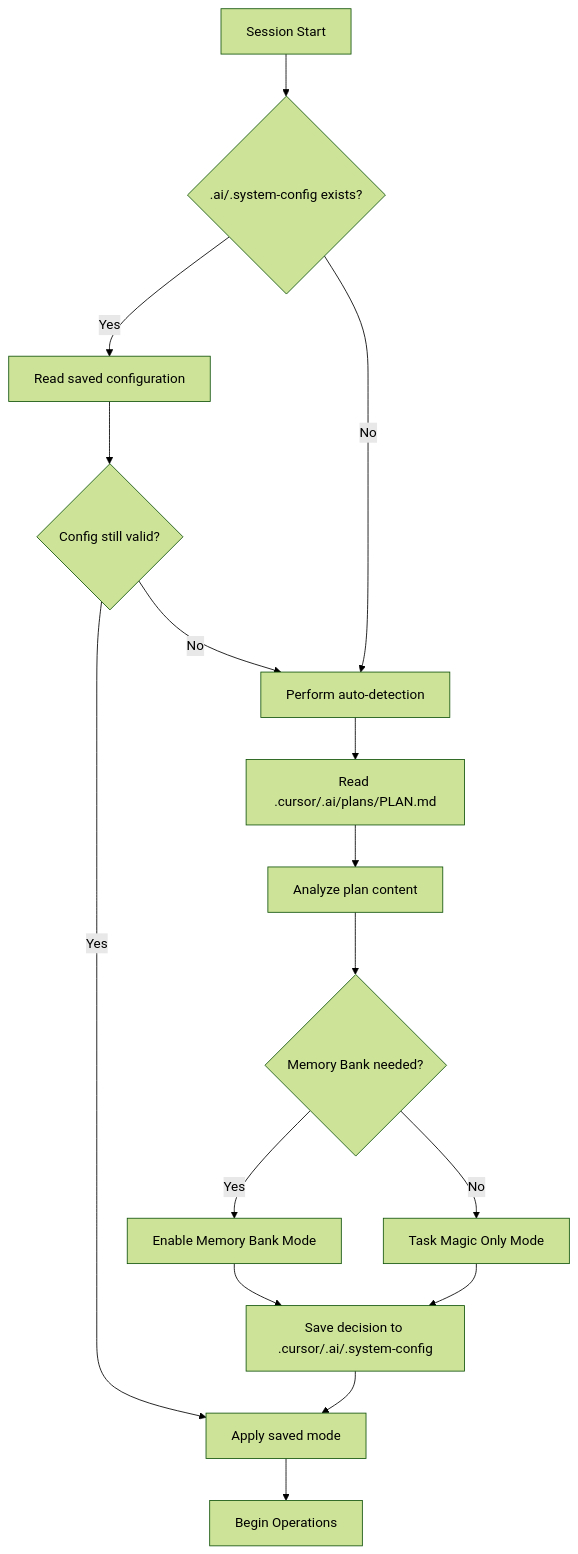
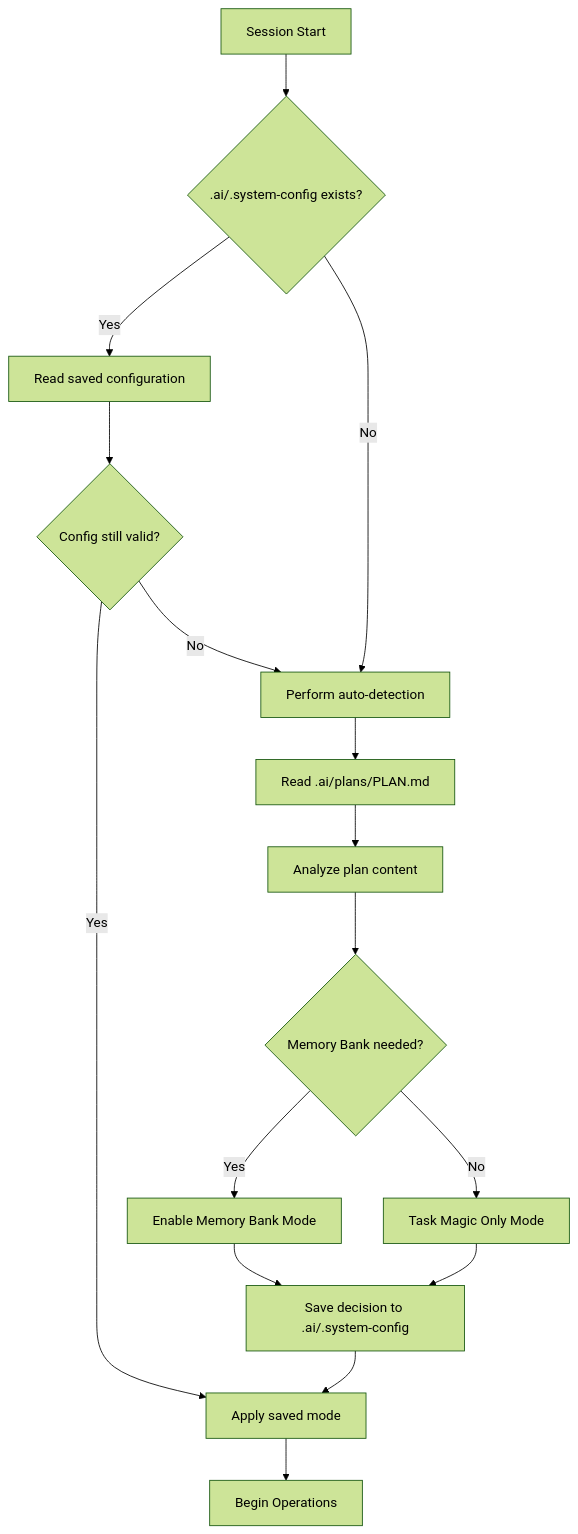
The first of 12 diagrams in .cursor/rules/memory-bank.mdc (louisfghbvc/coverity-agent), drawn with Mermaid (forest theme) before and after one commit. The commit also changed other lines of this file and 5 other files, not shown here.

````diff
--- a/.cursor/rules/memory-bank.mdc
+++ b/.cursor/rules/memory-bank.mdc
@@ -20,24 +20,24 @@
 ```mermaid
 flowchart TD
     Start[Session Start] --> ConfigCheck{.ai/.system-config exists?}
     
     ConfigCheck -->|Yes| ReadConfig[Read saved configuration]
     ConfigCheck -->|No| AutoDetect[Perform auto-detection]
     
     ReadConfig --> ValidateConfig{Config still valid?}
     ValidateConfig -->|Yes| ApplyMode[Apply saved mode]
     ValidateConfig -->|No| AutoDetect
     
-    AutoDetect --> ReadPlan[Read .cursor/.ai/plans/PLAN.md]
+    AutoDetect --> ReadPlan[Read .ai/plans/PLAN.md]
     ReadPlan --> AnalyzePlan[Analyze plan content]
     AnalyzePlan --> Decision{Memory Bank needed?}
     
     Decision -->|Yes| EnableMB[Enable Memory Bank Mode]
     Decision -->|No| TaskOnly[Task Magic Only Mode]
     
-    EnableMB --> SaveConfig[Save decision to .cursor/.ai/.system-config]
+    EnableMB --> SaveConfig[Save decision to .ai/.system-config]
     TaskOnly --> SaveConfig
     SaveConfig --> ApplyMode
     
     ApplyMode --> BeginWork[Begin Operations]
 ```
````
